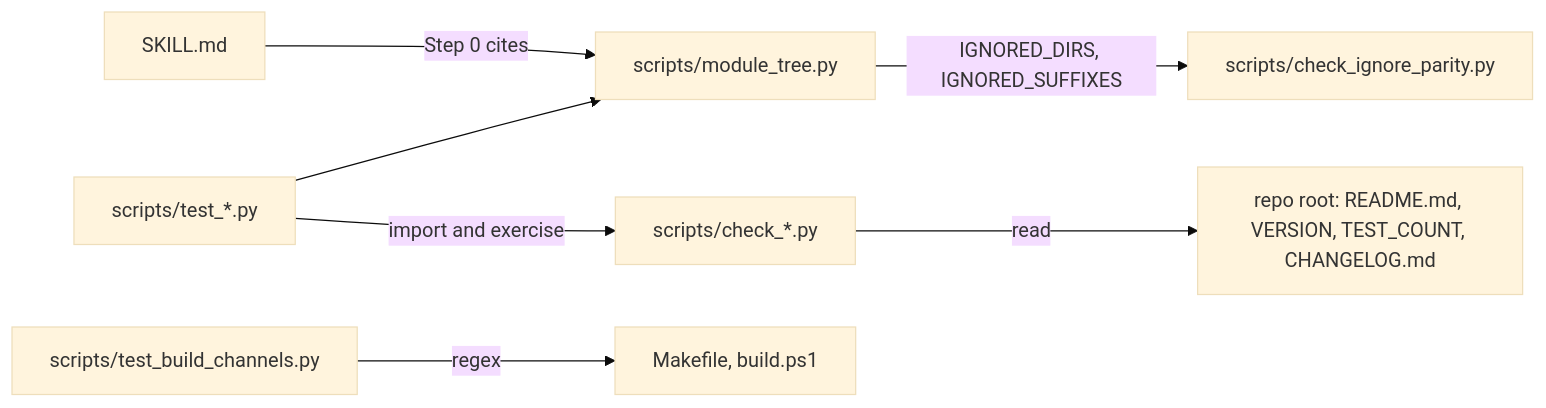
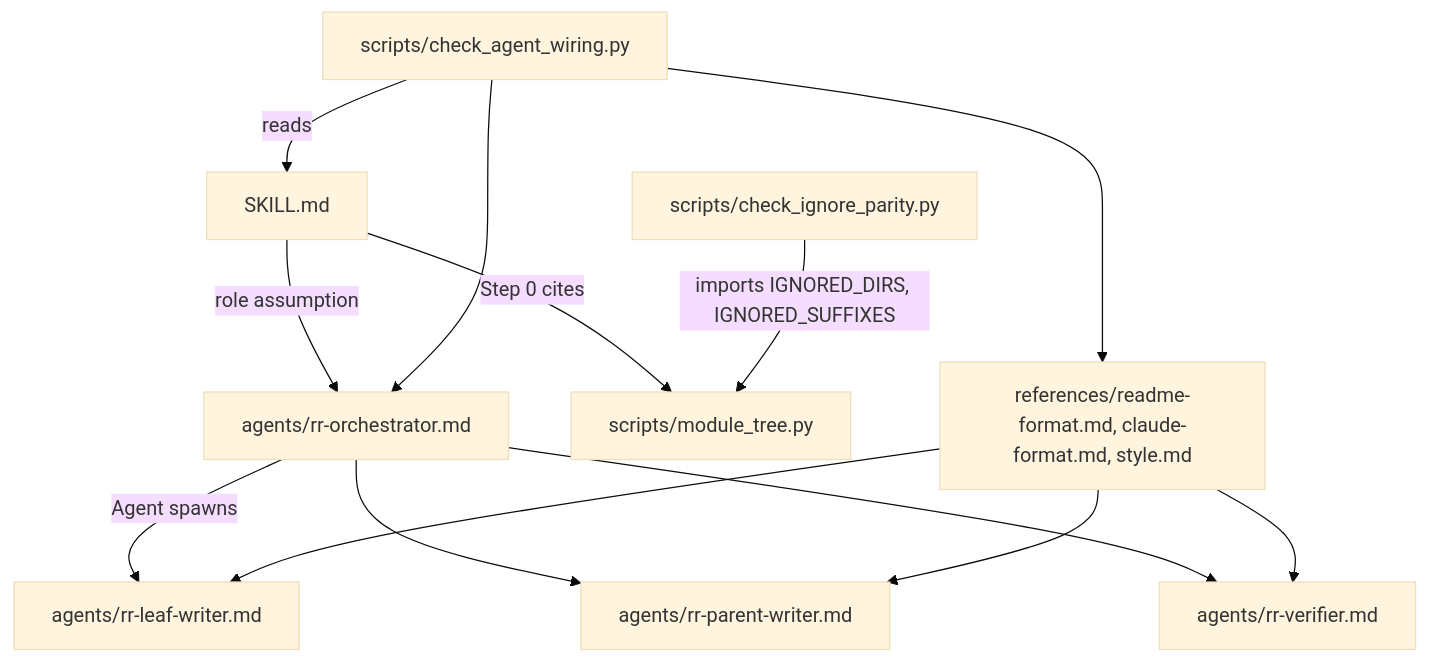
One commit to NikolasMarkou/repo-remap changed the diagram in src/CLAUDE.md. Above: the diagram before and after it, drawn with Mermaid (base theme). The commit also changed other lines of this file and 25 other files, not shown here.

First line of the commit message:
[skill] orchestrator and subagents for reads and rewrites, release 1.1.0

````diff
--- a/src/CLAUDE.md
+++ b/src/CLAUDE.md
@@ -15,9 +21,15 @@
 ```mermaid
-flowchart LR
-    SK[SKILL.md] -->|Step 0 cites| MT[scripts/module_tree.py]
-    MT -->|IGNORED_DIRS, IGNORED_SUFFIXES| IP[scripts/check_ignore_parity.py]
-    G[scripts/check_*.py] -->|read| ROOT[repo root: README.md, VERSION, TEST_COUNT, CHANGELOG.md]
-    T[scripts/test_*.py] -->|import and exercise| G
-    T --> MT
-    BC[scripts/test_build_channels.py] -->|regex| B[Makefile, build.ps1]
+flowchart TD
+    SK[SKILL.md] -->|role assumption| OR[agents/rr-orchestrator.md]
+    SK -->|Step 0 cites| MT[scripts/module_tree.py]
+    OR -->|Agent spawns| LW[agents/rr-leaf-writer.md]
+    OR --> PW[agents/rr-parent-writer.md]
+    OR --> VF[agents/rr-verifier.md]
+    RF[references/readme-format.md, claude-format.md, style.md] --> LW
+    RF --> PW
+    RF --> VF
+    AW[scripts/check_agent_wiring.py] -->|reads| SK
+    AW --> OR
+    AW --> RF
+    IP[scripts/check_ignore_parity.py] -->|imports IGNORED_DIRS, IGNORED_SUFFIXES| MT
 ```
````
